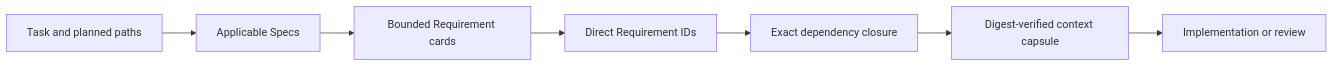
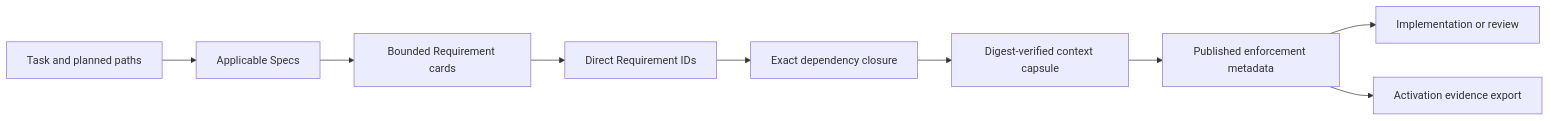
One commit to XiaoWeiKIN/RepoFoundryAI changed the diagram in docs/exec-plans/active/ep-013_requirement-context-activation/EXECPLAN.md. Above: the diagram before and after it, drawn with Mermaid. The commit also changed other lines of this file and 24 other files, not shown here.

Commit message:
feat: expose engineering spec enforcement metadata

````diff
--- a/docs/exec-plans/active/ep-013_requirement-context-activation/EXECPLAN.md
+++ b/docs/exec-plans/active/ep-013_requirement-context-activation/EXECPLAN.md
@@ -47,9 +54,11 @@
 ```mermaid
 flowchart LR
     T["Task and planned paths"] --> S["Applicable Specs"]
     S --> C["Bounded Requirement cards"]
     C --> R["Direct Requirement IDs"]
     R --> D["Exact dependency closure"]
     D --> X["Digest-verified context capsule"]
-    X --> W["Implementation or review"]
+    X --> E["Published enforcement metadata"]
+    E --> W["Implementation or review"]
+    E --> V["Activation evidence export"]
 ```
````
